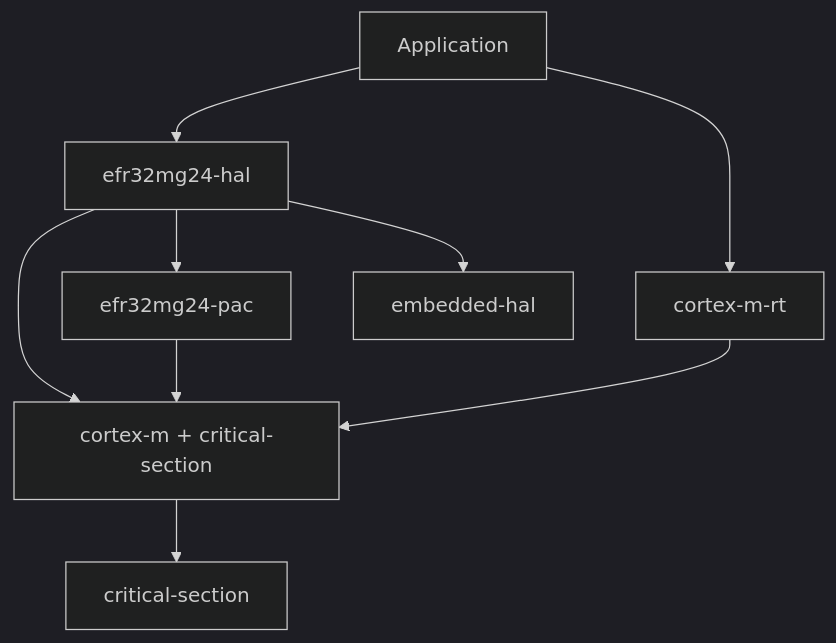
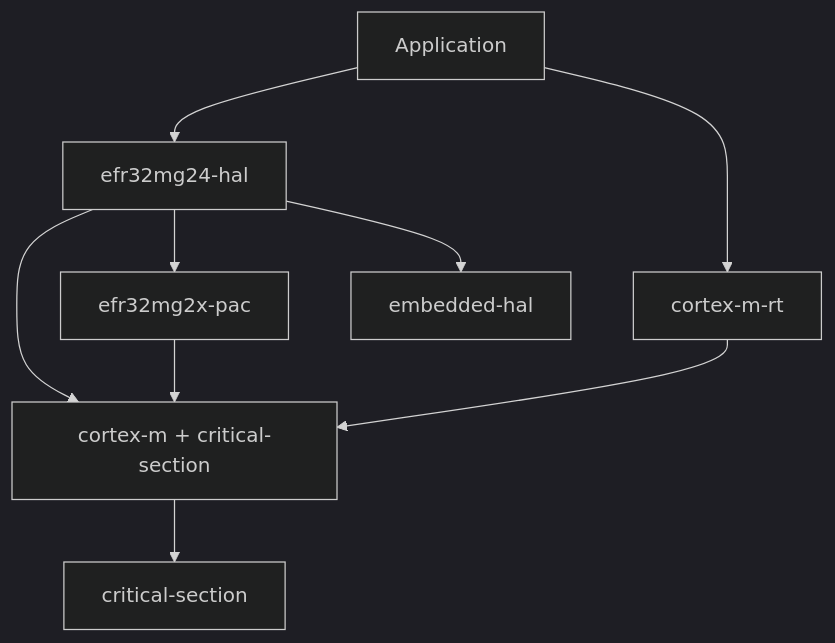
The second of 2 diagrams in docs/02-guides/HAL-BUILD-SYSTEM.md (bitscrafts/EFR32MG2X-RS), drawn with Mermaid (dark theme) before and after one commit. The commit also changed other lines of this file and 2745 other files, not shown here.

````diff
--- a/docs/02-guides/HAL-BUILD-SYSTEM.md
+++ b/docs/02-guides/HAL-BUILD-SYSTEM.md
@@ -267,11 +267,11 @@
 ```mermaid
 graph TD
     APP[Application] --> HAL[efr32mg24-hal]
     APP --> RT[cortex-m-rt]
-    HAL --> PAC[efr32mg24-pac]
+    HAL --> PAC[efr32mg2x-pac]
     HAL --> CM[cortex-m + critical-section]
     HAL --> EH[embedded-hal]
     PAC --> CM
     RT --> CM
     CM --> CS[critical-section]
 ```
````
